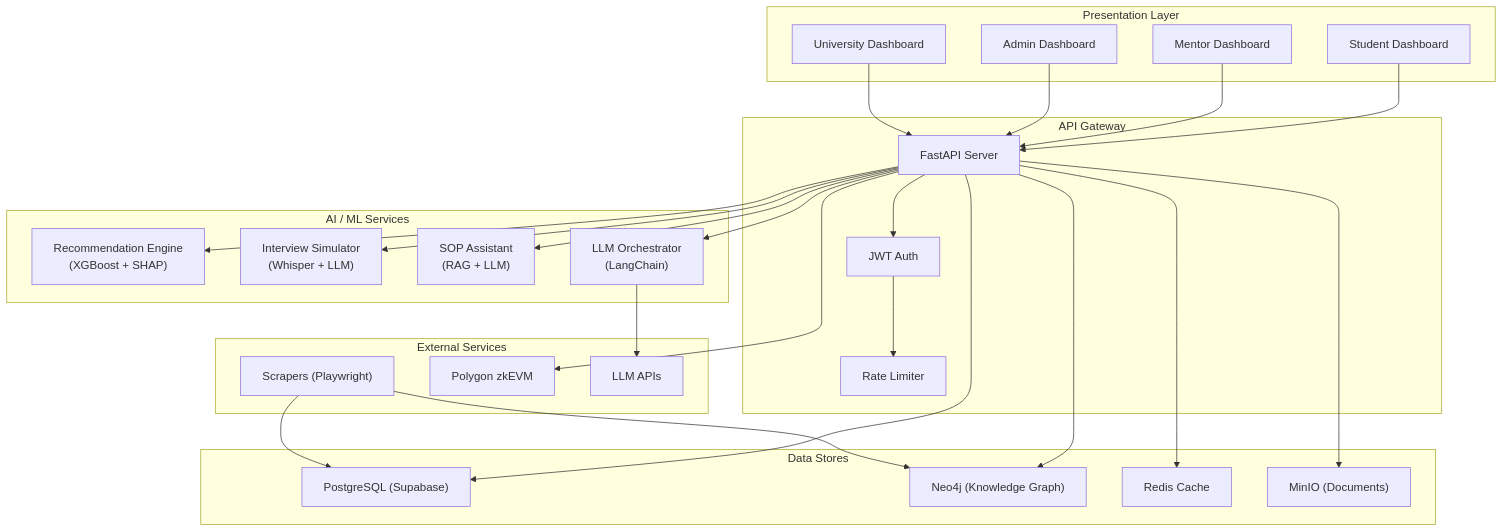
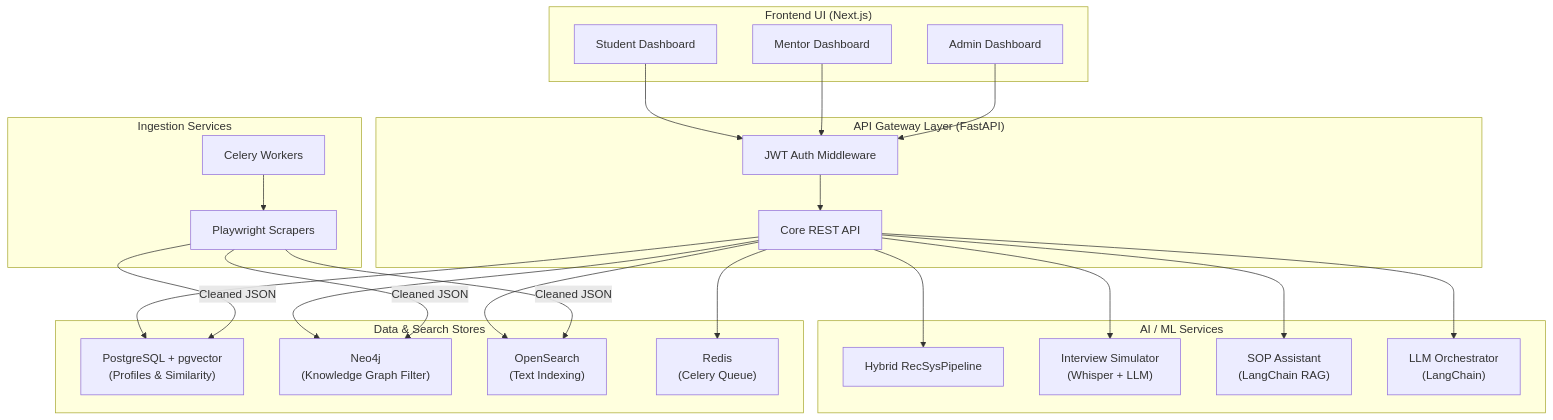
Before and after one commit to HaiderNaqvi-5/scholarai-platform: the first of 3 diagrams in docs/architecture_diagrams.md, drawn with Mermaid. The commit also changed other lines of this file and 10 other files, not shown here.

Commit message:
chore(arch): finalize strict MVP architecture blueprint (6 modules, OpenSearch, pgvector, LangChain)

````diff
--- a/docs/architecture_diagrams.md
+++ b/docs/architecture_diagrams.md
@@ -9,43 +11,37 @@
 ```mermaid
 graph TB
-    subgraph "Presentation Layer"
+    subgraph "Frontend UI (Next.js)"
         STU["Student Dashboard"]
         MEN["Mentor Dashboard"]
         ADM["Admin Dashboard"]
-        UNI["University Dashboard"]
     end
 
-    subgraph "API Gateway"
-        API["FastAPI Server"]
-        AUTH["JWT Auth"]
-        RATE["Rate Limiter"]
+    subgraph "API Gateway Layer (FastAPI)"
+        API["Core REST API"]
+        AUTH["JWT Auth Middleware"]
     end
 
     subgraph "AI / ML Services"
-        REC["Recommendation Engine<br/>(XGBoost + SHAP)"]
+        REC["Hybrid RecSysPipeline"]
         INT["Interview Simulator<br/>(Whisper + LLM)"]
-        SOP["SOP Assistant<br/>(RAG + LLM)"]
-        LLM_O["LLM Orchestrator<br/>(LangChain)"]
+        SOP["SOP Assistant<br/>(LangChain RAG)"]
+        ORCH["LLM Orchestrator<br/>(LangChain)"]
     end
 
-    subgraph "Data Stores"
-        PG["PostgreSQL (Supabase)"]
-        NEO["Neo4j (Knowledge Graph)"]
-        RD["Redis Cache"]
-        OBJ["MinIO (Documents)"]
+    subgraph "Data & Search Stores"
+        PG["PostgreSQL + pgvector<br/>(Profiles & Similarity)"]
+        NEO["Neo4j<br/>(Knowledge Graph Filter)"]
+        OS["OpenSearch<br/>(Text Indexing)"]
+        RD["Redis<br/>(Celery Queue)"]
     end
 
-    subgraph "External Services"
-        SCR["Scrapers (Playwright)"]
-        BC["Polygon zkEVM"]
-        LLM_EXT["LLM APIs"]
+    subgraph "Ingestion Services"
+        PW["Playwright Scrapers"]
+        CEL["Celery Workers"]
     end
 
-    STU & MEN & ADM & UNI --> API
-    API --> AUTH --> RATE
-    API --> REC & INT & SOP & LLM_O
-    API --> PG & NEO & RD & OBJ
-    API --> BC
-    LLM_O --> LLM_EXT
-    SCR --> PG & NEO
+    STU & MEN & ADM --> AUTH --> API
+    API --> REC & INT & SOP & ORCH
+    API --> PG & NEO & OS & RD
+    CEL --> PW -->|Cleaned JSON| PG & NEO & OS
 ```
````
